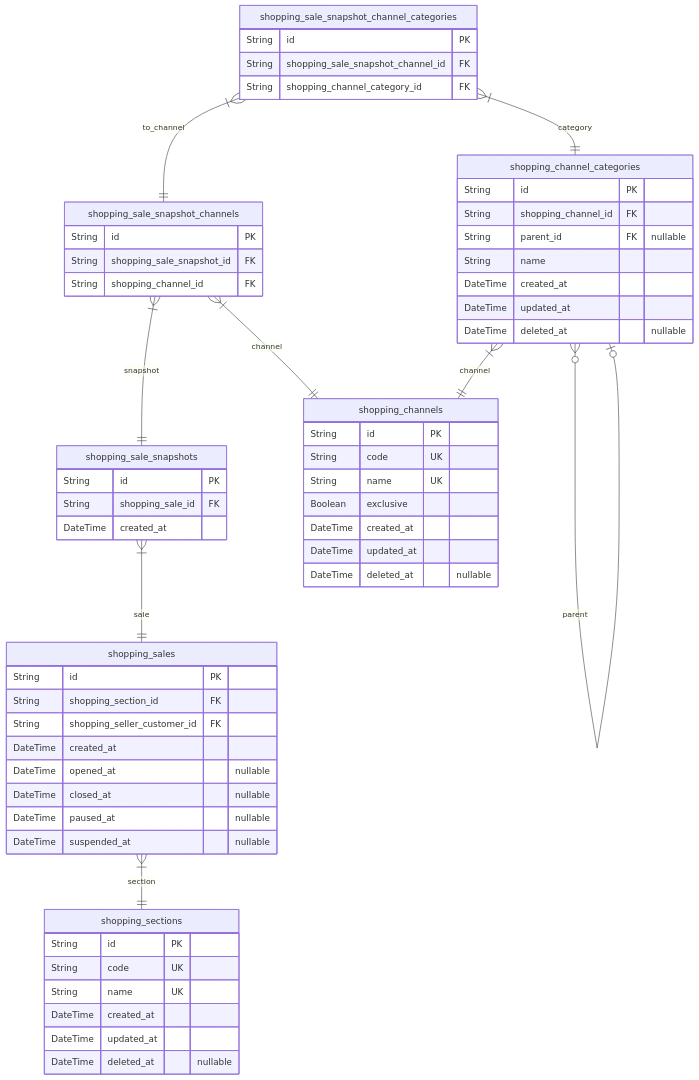
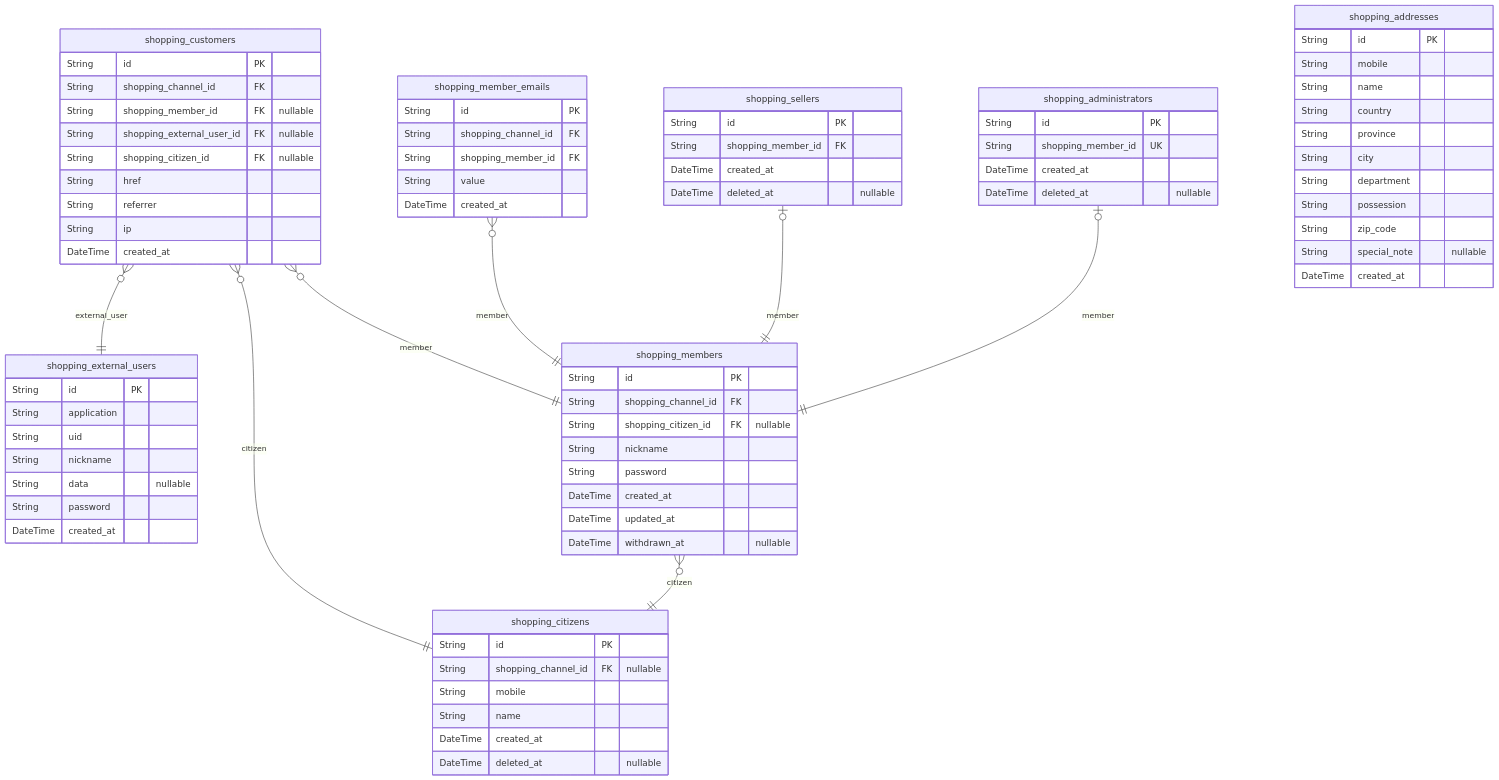
One commit to samchon/shopping-backend changed the third of 10 diagrams in docs/ERD.md. Above: the diagram before and after it, drawn with Mermaid. The commit also changed other lines of this file and 75 other files, not shown here.

````diff
--- a/docs/ERD.md
+++ b/docs/ERD.md
@@ -452,62 +388,80 @@
 ```mermaid
 erDiagram
-"shopping_channels" {
+"shopping_customers" {
     String id PK
-    String code UK
-    String name UK
-    Boolean exclusive
+    String shopping_channel_id FK
+    String shopping_member_id FK "nullable"
+    String shopping_external_user_id FK "nullable"
+    String shopping_citizen_id FK "nullable"
+    String href
+    String referrer
+    String ip
+    DateTime created_at
+}
+"shopping_external_users" {
+    String id PK
+    String application
+    String uid
+    String nickname
+    String data "nullable"
+    String password
+    DateTime created_at
+}
+"shopping_citizens" {
+    String id PK
+    String shopping_channel_id FK "nullable"
+    String mobile
+    String name
+    DateTime created_at
+    DateTime deleted_at "nullable"
+}
+"shopping_members" {
+    String id PK
+    String shopping_channel_id FK
+    String shopping_citizen_id FK "nullable"
+    String nickname
+    String password
     DateTime created_at
     DateTime updated_at
+    DateTime withdrawn_at "nullable"
+}
+"shopping_member_emails" {
+    String id PK
+    String shopping_channel_id FK
+    String shopping_member_id FK
+    String value
+    DateTime created_at
+}
+"shopping_sellers" {
+    String id PK
+    String shopping_member_id FK
+    DateTime created_at
     DateTime deleted_at "nullable"
 }
-"shopping_channel_categories" {
+"shopping_administrators" {
     String id PK
-    String shopping_channel_id FK
-    String parent_id FK "nullable"
-    String name
+    String shopping_member_id UK
     DateTime created_at
-    DateTime updated_at
     DateTime deleted_at "nullable"
 }
-"shopping_sections" {
+"shopping_addresses" {
     String id PK
-    String code UK
-    String name UK
-    DateTime created_at
-    DateTime updated_at
-    DateTime deleted_at "nullable"
-}
-"shopping_sales" {
-    String id PK
-    String shopping_section_id FK
-    String shopping_seller_customer_id FK
-    DateTime created_at
-    DateTime opened_at "nullable"
-    DateTime closed_at "nullable"
-    DateTime paused_at "nullable"
-    DateTime suspended_at "nullable"
-}
-"shopping_sale_snapshots" {
-    String id PK
-    String shopping_sale_id FK
+    String mobile
+    String name
+    String country
+    String province
+    String city
+    String department
+    String possession
+    String zip_code
+    String special_note "nullable"
     DateTime created_at
 }
-"shopping_sale_snapshot_channels" {
-    String id PK
-    String shopping_sale_snapshot_id FK
-    String shopping_channel_id FK
-}
-"shopping_sale_snapshot_channel_categories" {
-    String id PK
-    String shopping_sale_snapshot_channel_id FK
-    String shopping_channel_category_id FK
-}
-"shopping_channel_categories" }|--|| "shopping_channels" : channel
-"shopping_channel_categories" }o--o| "shopping_channel_categories" : parent
-"shopping_sales" }|--|| "shopping_sections" : section
-"shopping_sale_snapshots" }|--|| "shopping_sales" : sale
-"shopping_sale_snapshot_channels" }|--|| "shopping_sale_snapshots" : snapshot
-"shopping_sale_snapshot_channels" }|--|| "shopping_channels" : channel
-"shopping_sale_snapshot_channel_categories" }|--|| "shopping_sale_snapshot_channels" : to_channel
-"shopping_sale_snapshot_channel_categories" }|--|| "shopping_channel_categories" : category
+"shopping_customers" }o--|| "shopping_members" : member
+"shopping_customers" }o--|| "shopping_external_users" : external_user
+"shopping_customers" }o--|| "shopping_citizens" : citizen
+"shopping_members" }o--|| "shopping_citizens" : citizen
+"shopping_member_emails" }o--|| "shopping_members" : member
+"shopping_sellers" |o--|| "shopping_members" : member
+"shopping_administrators" |o--|| "shopping_members" : member
 ```
````
